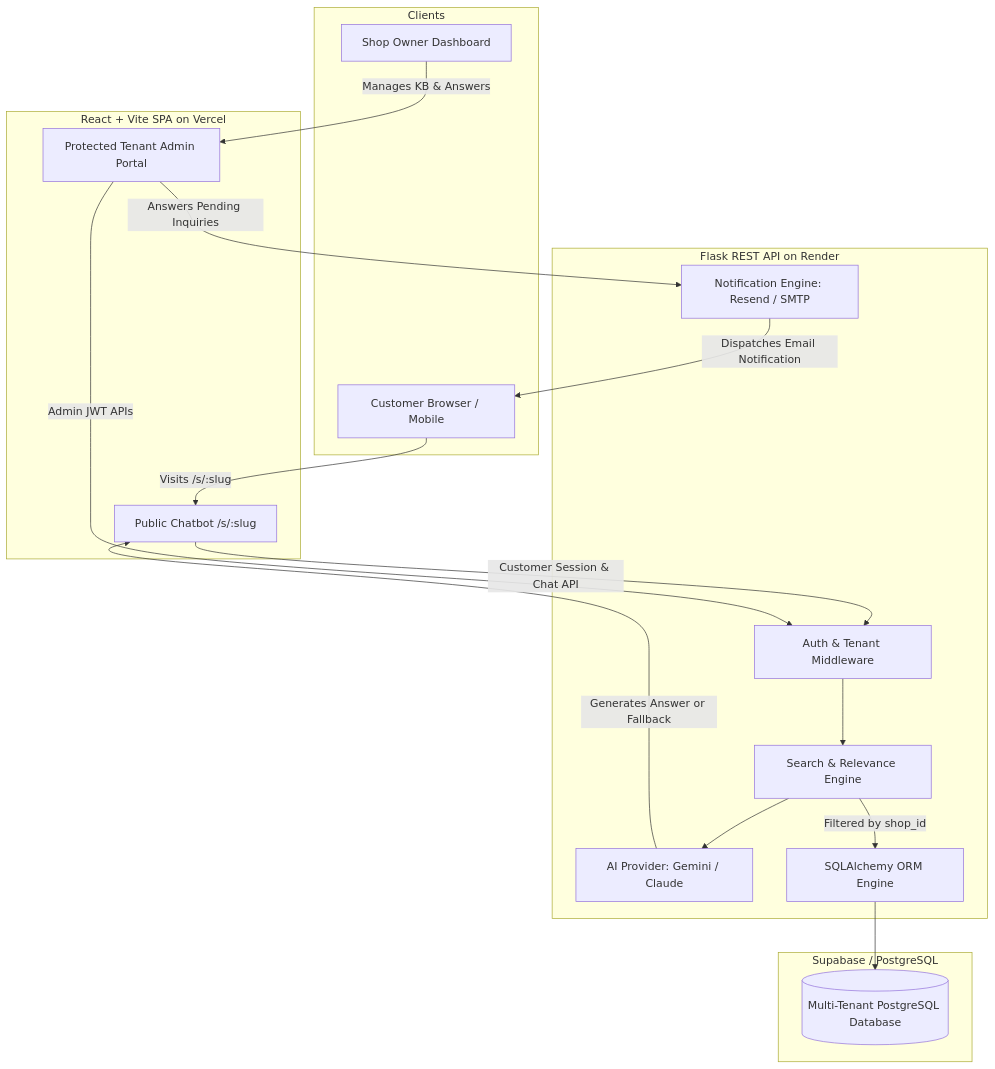
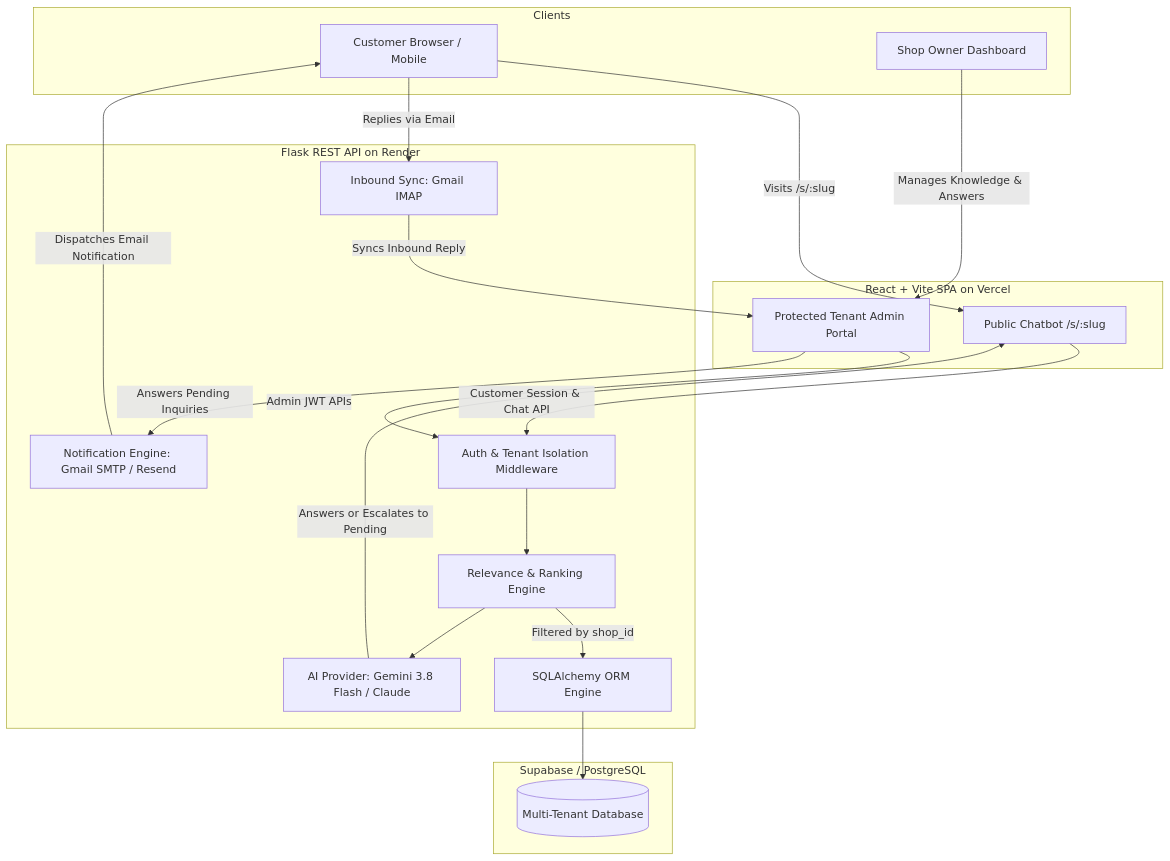
The diagram in README.md (Varshith2729/ShopGenie-AI), drawn with Mermaid before and after one commit. The commit also changed other lines of this file and 33 other files, not shown here.

````diff
--- a/README.md
+++ b/README.md
@@ -95,39 +95,42 @@
 ```mermaid
 flowchart TD
     subgraph Clients
         Cust[Customer Browser / Mobile]
         Owner[Shop Owner Dashboard]
     end
 
     subgraph Frontend [React + Vite SPA on Vercel]
         PubChat[Public Chatbot /s/:slug]
         AdminApp[Protected Tenant Admin Portal]
     end
 
     subgraph Backend [Flask REST API on Render]
-        AuthMid[Auth & Tenant Middleware]
-        SearchSvc[Search & Relevance Engine]
-        AISvc[AI Provider: Gemini / Claude]
-        EmailSvc[Notification Engine: Resend / SMTP]
+        AuthMid[Auth & Tenant Isolation Middleware]
+        SearchSvc[Relevance & Ranking Engine]
+        AISvc[AI Provider: Gemini 3.8 Flash / Claude]
+        EmailSvc[Notification Engine: Gmail SMTP / Resend]
+        IMAPSvc[Inbound Sync: Gmail IMAP]
         DBORM[SQLAlchemy ORM Engine]
     end
 
     subgraph Storage [Supabase / PostgreSQL]
-        DB[(Multi-Tenant PostgreSQL Database)]
+        DB[(Multi-Tenant Database)]
     end
 
     Cust -->|Visits /s/:slug| PubChat
-    Owner -->|Manages KB & Answers| AdminApp
+    Owner -->|Manages Knowledge & Answers| AdminApp
 
     PubChat -->|Customer Session & Chat API| AuthMid
     AdminApp -->|Admin JWT APIs| AuthMid
 
     AuthMid --> SearchSvc
     SearchSvc -->|Filtered by shop_id| DBORM
     DBORM --> DB
     SearchSvc --> AISvc
-    AISvc -->|Generates Answer or Fallback| PubChat
+    AISvc -->|Answers or Escalates to Pending| PubChat
 
     AdminApp -->|Answers Pending Inquiries| EmailSvc
     EmailSvc -->|Dispatches Email Notification| Cust
+    Cust -->|Replies via Email| IMAPSvc
+    IMAPSvc -->|Syncs Inbound Reply| AdminApp
 ```
````
